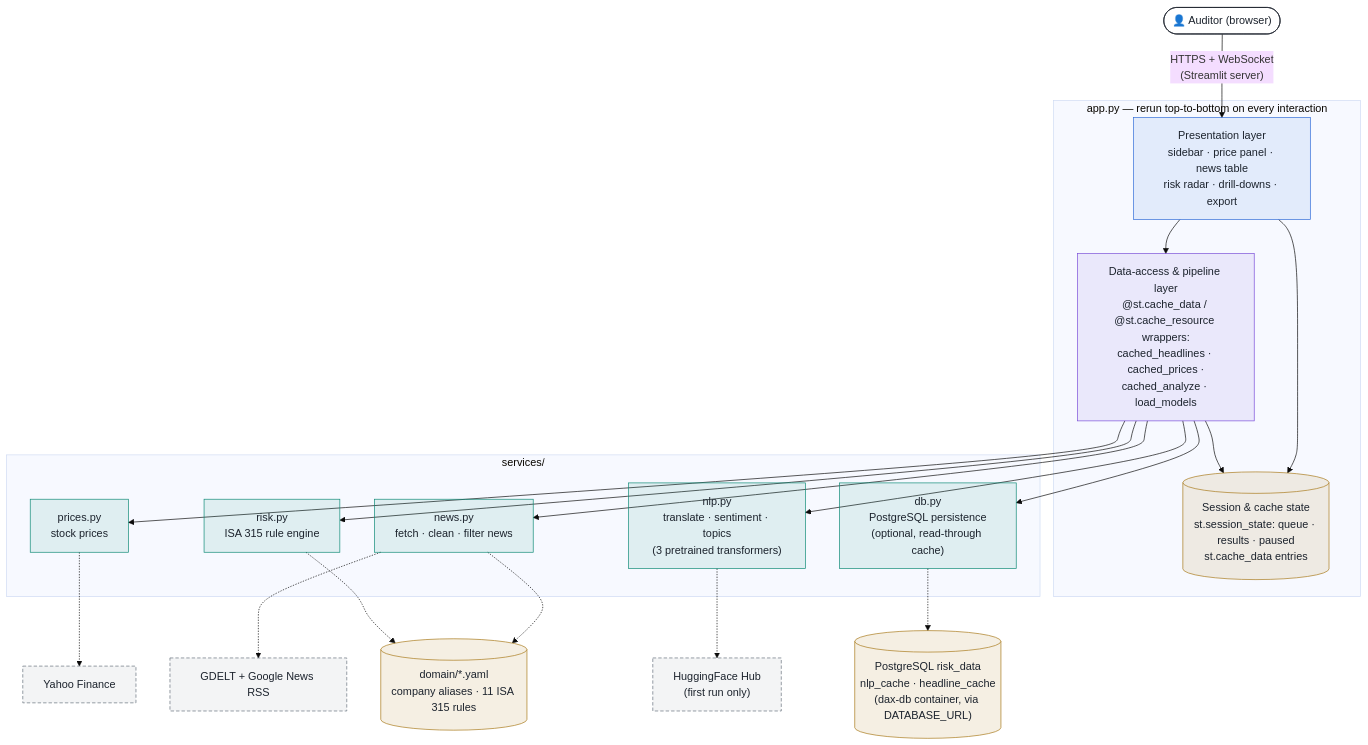
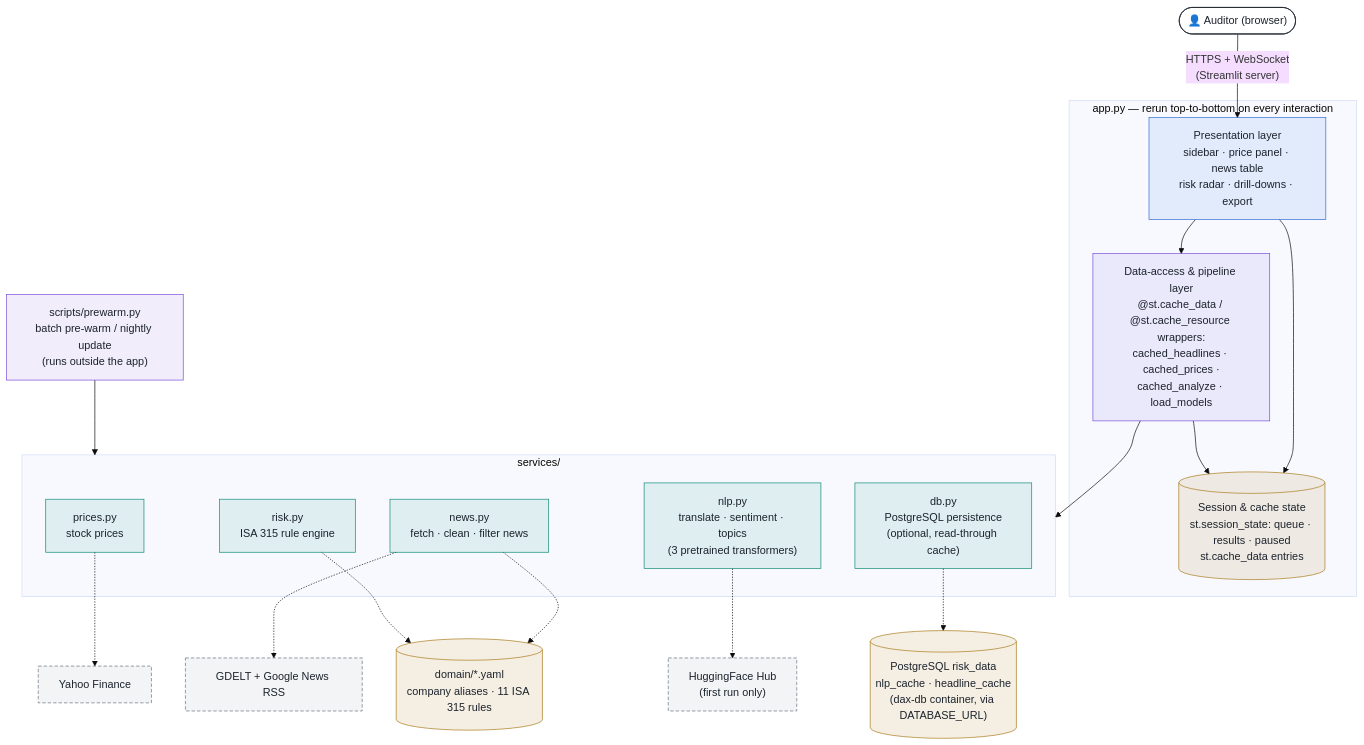
One commit to lasse133/DaxDataDashboard changed the diagram in doc/component-diagram.md. Above: the diagram before and after it, drawn with Mermaid (base theme). The commit also changed other lines of this file and 6 other files, not shown here.

````diff
--- a/doc/component-diagram.md
+++ b/doc/component-diagram.md
@@ -20,56 +20,51 @@
 ```mermaid
 flowchart TB
-    AUDITOR(["👤 Auditor (browser)"])
+ subgraph APP["app.py — rerun top-to-bottom on every interaction"]
+        UI["Presentation layer<br>sidebar · price panel · news table<br>risk radar · drill-downs · export"]
+        MID["Data-access &amp; pipeline layer<br>@st.cache_data / @st.cache_resource wrappers:<br>cached_headlines · cached_prices ·<br>cached_analyze · load_models"]
+        STATE[("Session &amp; cache state<br>st.session_state: queue · results · paused<br>st.cache_data entries")]
+  end
+ subgraph SVC["services/"]
+        PRICES["prices.py<br>stock prices"]
+        NEWS["news.py<br>fetch · clean · filter news"]
+        NLP["nlp.py<br>translate · sentiment · topics<br>(3 pretrained transformers)"]
+        RISK["risk.py<br>ISA 315 rule engine"]
+        DB["db.py<br>PostgreSQL persistence<br>(optional, read-through cache)"]
+  end
+    AUDITOR(["👤 Auditor (browser)"]) -- HTTPS + WebSocket<br>(Streamlit server) --> UI
+    UI --> MID & STATE
+    
+    %% Combined the 5 service lines into 1 pointing directly to the SVC subgraph
+    MID --> STATE
+    MID --> SVC
+    
+    PREWARM["scripts/prewarm.py<br>batch pre-warm / nightly update<br>(runs outside the app)"] --> SVC
 
-    subgraph APP["app.py — rerun top-to-bottom on every interaction"]
-        UI["Presentation layer<br/>sidebar · price panel · news table<br/>risk radar · drill-downs · export"]
-        MID["Data-access & pipeline layer<br/>@st.cache_data / @st.cache_resource wrappers:<br/>cached_headlines · cached_prices ·<br/>cached_analyze · load_models"]
-        STATE[("Session & cache state<br/>st.session_state: queue · results · paused<br/>st.cache_data entries")]
-    end
+    DB -.-> PG[("PostgreSQL risk_data<br>nlp_cache · headline_cache<br>(dax-db container, via DATABASE_URL)")]
+    NEWS -.-> DOMAIN[("domain/*.yaml<br>company aliases · 11 ISA 315 rules")] & NEWSAPI["GDELT + Google News RSS"]
+    RISK -.-> DOMAIN
+    PRICES -.-> YAHOO["Yahoo Finance"]
+    NLP -.-> HF["HuggingFace Hub<br>(first run only)"]
 
-    subgraph SVC["services/"]
-        PRICES["prices.py<br/>stock prices"]
-        NEWS["news.py<br/>fetch · clean · filter news"]
-        NLP["nlp.py<br/>translate · sentiment · topics<br/>(3 pretrained transformers)"]
-        RISK["risk.py<br/>ISA 315 rule engine"]
-        DB["db.py<br/>PostgreSQL persistence<br/>(optional, read-through cache)"]
-    end
-
-    DOMAIN[("domain/*.yaml<br/>company aliases · 11 ISA 315 rules")]
-    PG[("PostgreSQL risk_data<br/>nlp_cache · headline_cache<br/>(dax-db container, via DATABASE_URL)")]
-
-    YAHOO["Yahoo Finance"]
-    NEWSAPI["GDELT + Google News RSS"]
-    HF["HuggingFace Hub<br/>(first run only)"]
-
-    AUDITOR -->|"HTTPS + WebSocket<br/>(Streamlit server)"| UI
-    UI --> MID
-    UI --> STATE
-    MID --> STATE
-    MID --> PRICES
-    MID --> NEWS
-    MID --> NLP
-    MID --> RISK
-    MID --> DB
-
-    DB -.-> PG
-    NEWS -.-> DOMAIN
-    RISK -.-> DOMAIN
-    PRICES -.-> YAHOO
-    NEWS -.-> NEWSAPI
-    NLP -.-> HF
-
+     UI:::ui
+     MID:::adapter
+     PREWARM:::adapter
+     STATE:::data
+     PRICES:::svc
+     NEWS:::svc
+     NLP:::svc
+     RISK:::svc
+     DB:::svc
+     AUDITOR:::actor
+     PG:::data
+     DOMAIN:::data
+     NEWSAPI:::ext
+     YAHOO:::ext
+     HF:::ext
     classDef ui fill:#2f6bd81a,stroke:#2f6bd8,color:#1c232d
     classDef adapter fill:#7a4dd81a,stroke:#7a4dd8,color:#1c232d
     classDef svc fill:#0e8a761a,stroke:#0e8a76,color:#1c232d
     classDef data fill:#a97a1a1f,stroke:#a97a1a,color:#1c232d
     classDef ext fill:#66707d14,stroke:#66707d,stroke-dasharray:5 3,color:#1c232d
     classDef actor fill:#ffffff,stroke:#1c232d,color:#1c232d
-
-    class UI ui
-    class MID adapter
-    class PRICES,NEWS,NLP,RISK,DB svc
-    class DOMAIN,STATE,PG data
-    class YAHOO,NEWSAPI,HF ext
-    class AUDITOR actor
 ```
````
